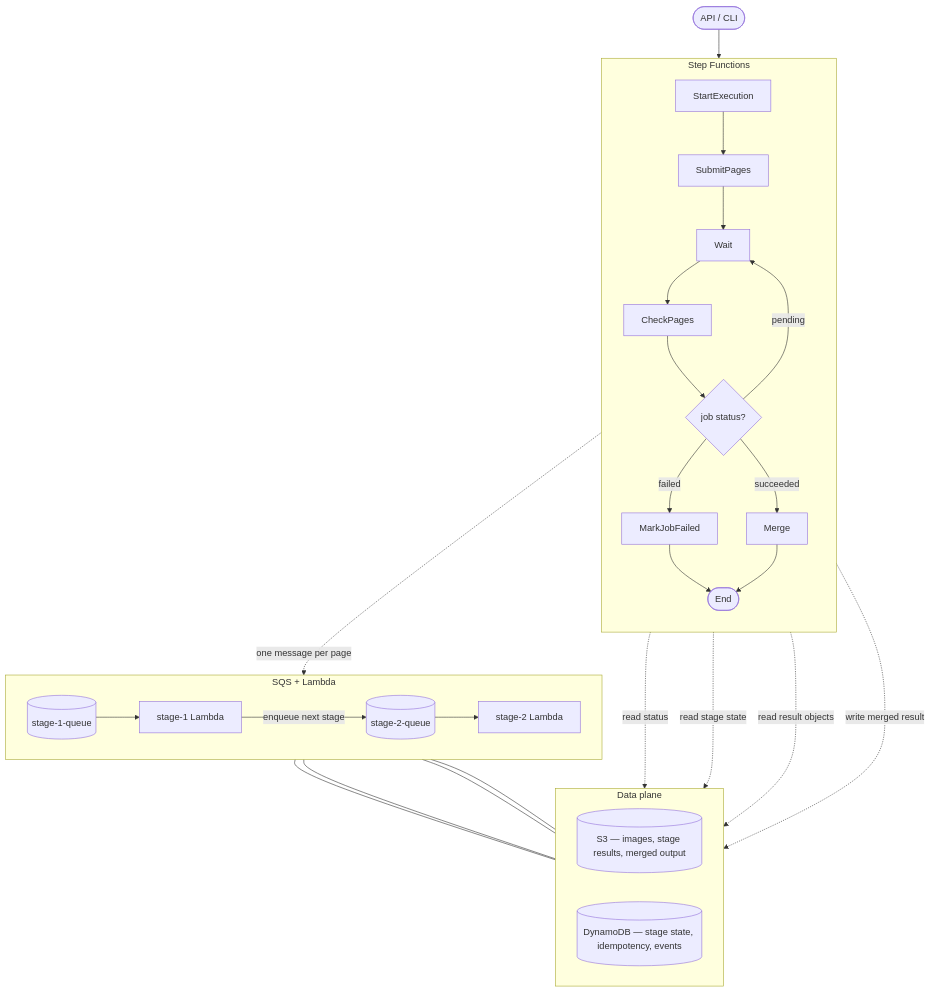
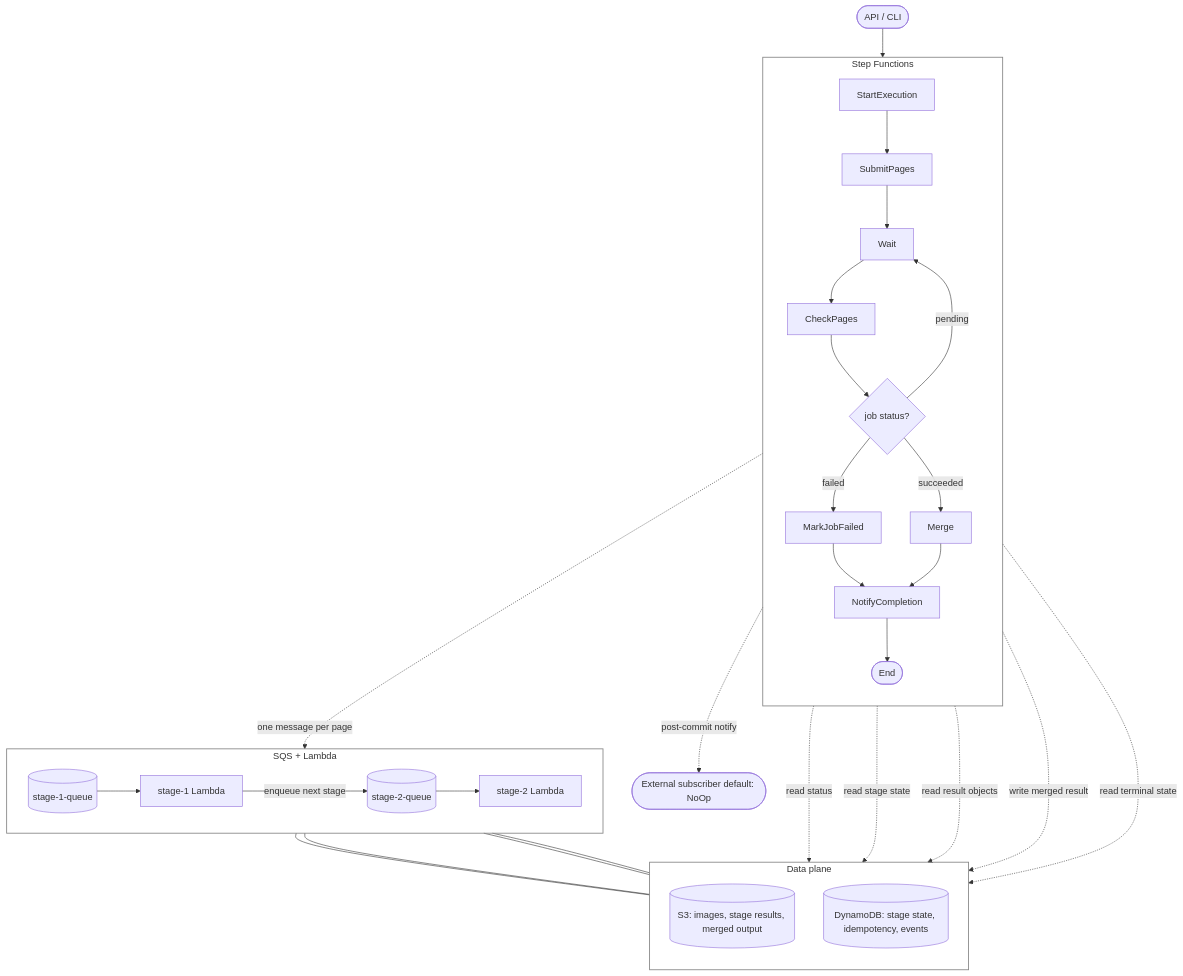
Before and after one commit to keix/lady-glass: the diagram in README.md, drawn with Mermaid.

Commit message:
README: bring NotifyCompletion back into the mermaid, DATA vertical
Restore NotifyCompletion and its two dotted edges (Notify → DDB,
Notify → Subscriber). The subscriber is declared inline on the
edge so it drops out of the layout as a peripheral node rather
than a top-level one. Data plane switches to direction TB so S3
and DDB stack vertically, and each subgraph gets its own explicit
transparent border via a fresh style block. The em-dashes on the
S3 / DDB descriptions become plain colons; the descriptive text
stays.

````diff
--- a/README.md
+++ b/README.md
@@ -19,41 +19,48 @@
 ```mermaid
 flowchart TB
-    User([API / CLI]) --> StartExec[StartExecution]
+    User([API / CLI]) --> StartExec
 
     subgraph SFN["Step Functions"]
         direction TB
-        StartExec --> SubmitPages
+        StartExec[StartExecution] --> SubmitPages
         SubmitPages --> WaitLoop[Wait]
         WaitLoop --> CheckPages
         CheckPages --> Choice{job status?}
         Choice -- pending --> WaitLoop
         Choice -- failed --> MarkFailed[MarkJobFailed]
-        Choice -- succeeded --> Merge
-        MarkFailed --> Done([End])
-        Merge --> Done
+        Choice -- succeeded --> Merge[Merge]
+        MarkFailed --> Notify[NotifyCompletion]
+        Merge --> Notify
+        Notify --> Done([End])
     end
 
     subgraph CHAIN["SQS + Lambda"]
         direction LR
         Q1[(stage-1-queue)] --> L1[stage-1 Lambda]
         L1 -- enqueue next stage --> Q2[(stage-2-queue)]
         Q2 --> L2[stage-2 Lambda]
     end
 
     subgraph DATA["Data plane"]
-        direction LR
-        S3[(S3 — images, stage results, merged output)]
-        DDB[(DynamoDB — stage state, idempotency, events)]
+        direction TB
+        S3[(S3: images, stage results, merged output)]
+        DDB[(DynamoDB: stage state, idempotency, events)]
     end
 
     SubmitPages -. one message per page .-> Q1
     CheckPages -. read status .-> DDB
     Merge -. read stage state .-> DDB
     Merge -. read result objects .-> S3
     Merge -. write merged result .-> S3
+    Notify -. read terminal state .-> DDB
+    Notify -. post-commit notify .-> Subscriber([External subscriber default: NoOp])
 
     L1 --- S3
     L1 --- DDB
     L2 --- S3
     L2 --- DDB
+
+    style SFN fill:none,stroke:#888,stroke-width:1.5px
+    style CHAIN fill:none,stroke:#888,stroke-width:1.5px
+    style DATA fill:none,stroke:#888,stroke-width:1.5px
 ```
````
